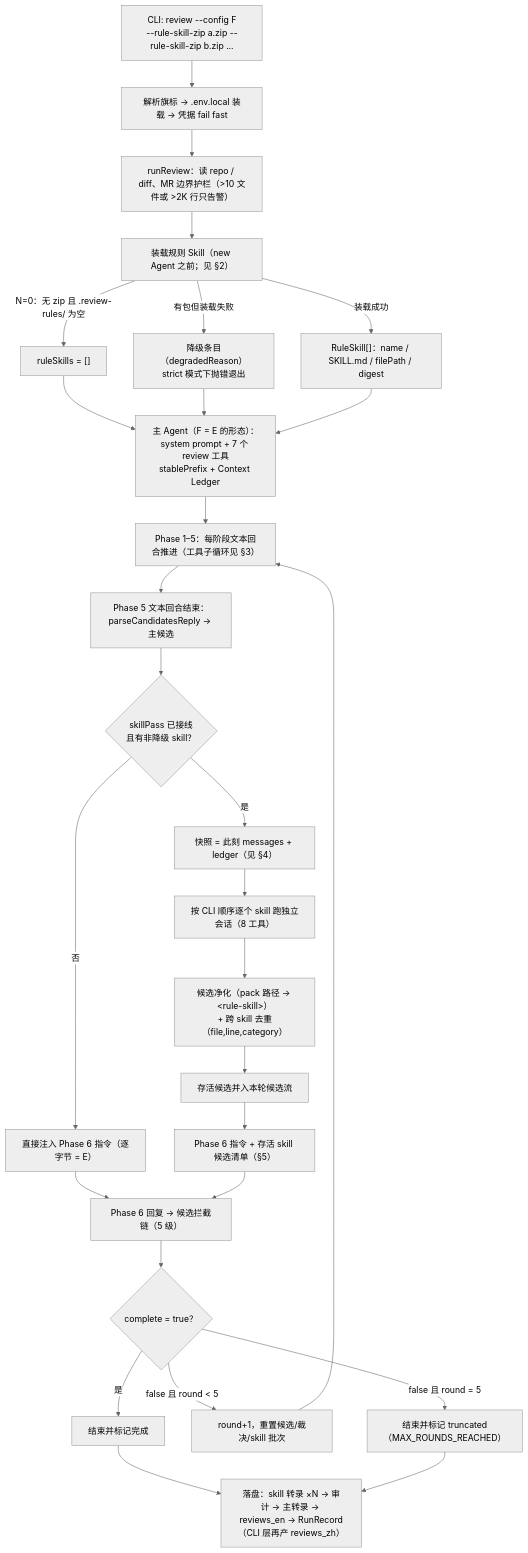
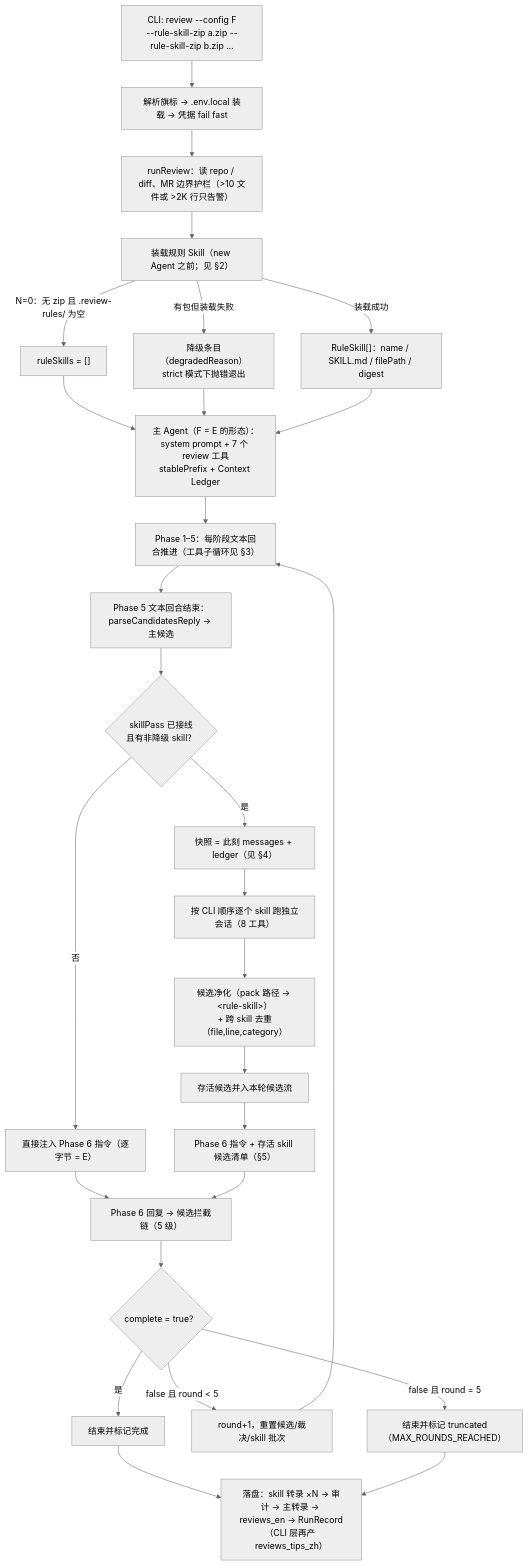
Before and after one commit to ffanwei/ReviewAgent-pi: the first of 5 diagrams in docs/design/Config F 完整流程图（规则 Skill 独立检视会话）.md, drawn with Mermaid (neutral theme). The commit also changed other lines of this file and 11 other files, not shown here.

First line of the commit message:
feat: 停产 reviews_zh.json，中文交付物只留 reviews_tips_zh.json（ADR-0022）

````diff
--- a/docs/design/Config F 完整流程图（规则 Skill 独立检视会话）.md
+++ b/docs/design/Config F 完整流程图（规则 Skill 独立检视会话）.md
@@ -18,29 +18,29 @@
 ```mermaid
 flowchart TD
     A["CLI: review --config F<br/>--rule-skill-zip a.zip --rule-skill-zip b.zip ..."] --> B["解析旗标 → .env.local 装载 → 凭据 fail fast"]
     B --> C["runReview：读 repo / diff、MR 边界护栏（>10 文件或 >2K 行只告警）"]
     C --> D["装载规则 Skill（new Agent 之前；见 §2）"]
     D -->|"N=0：无 zip 且 .review-rules/ 为空"| E["ruleSkills = []"]
     D -->|"有包但装载失败"| F["降级条目（degradedReason）<br/>strict 模式下抛错退出"]
     D -->|"装载成功"| G["RuleSkill[]：name / SKILL.md / filePath / digest"]
     E --> H
     F --> H
     G --> H["主 Agent（F = E 的形态）：<br/>system prompt + 7 个 review 工具<br/>stablePrefix + Context Ledger"]
     H --> I["Phase 1–5：每阶段文本回合推进（工具子循环见 §3）"]
     I --> J["Phase 5 文本回合结束：<br/>parseCandidatesReply → 主候选"]
     J --> K{"skillPass 已接线<br/>且有非降级 skill？"}
     K -->|"否"| L["直接注入 Phase 6 指令（逐字节 = E）"]
     K -->|"是"| M["快照 = 此刻 messages + ledger（见 §4）"]
     M --> N["按 CLI 顺序逐个 skill 跑独立会话（8 工具）"]
     N --> O["候选净化（pack 路径 → &lt;rule-skill&gt;）<br/>+ 跨 skill 去重（file,line,category）"]
     O --> P["存活候选并入本轮候选流"]
     P --> Q["Phase 6 指令 + 存活 skill 候选清单（§5）"]
     L --> R
     Q --> R["Phase 6 回复 → 候选拦截链（5 级）"]
     R --> S{"complete = true？"}
     S -->|"是"| T["结束并标记完成"]
     S -->|"false 且 round < 5"| U["round+1，重置候选/裁决/skill 批次"] --> I
     S -->|"false 且 round = 5"| V["结束并标记 truncated（MAX_ROUNDS_REACHED）"]
-    T --> W["落盘：skill 转录 ×N → 审计 → 主转录 → reviews_en → RunRecord<br/>（CLI 层再产 reviews_zh）"]
+    T --> W["落盘：skill 转录 ×N → 审计 → 主转录 → reviews_en → RunRecord<br/>（CLI 层再产 reviews_tips_zh）"]
     V --> W
 ```
````
